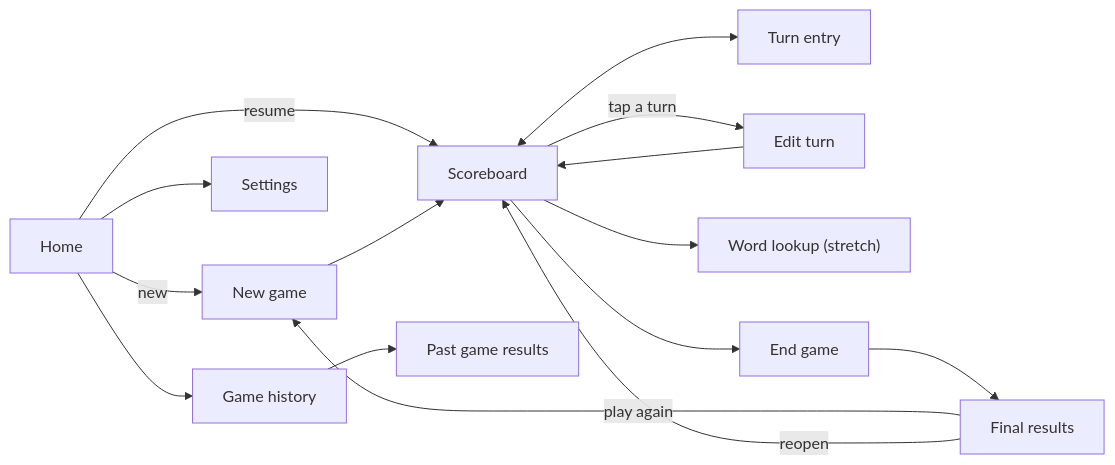
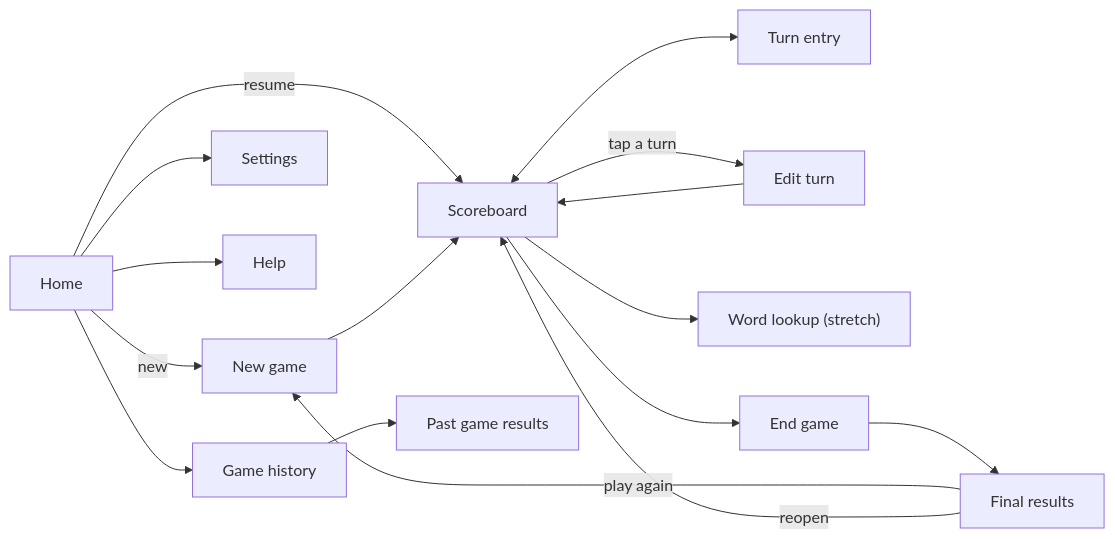
One commit to Macavitymadcap/scrabble-scorer changed the first of 2 diagrams in docs/DESIGN.md. Above: the diagram before and after it, drawn with Mermaid. The commit also changed other lines of this file and 36 other files, not shown here.

````diff
--- a/docs/DESIGN.md
+++ b/docs/DESIGN.md
@@ -153,17 +153,18 @@
 ```mermaid
 flowchart LR
   Home -->|new| NewGame[New game]
   Home -->|resume| Scoreboard
   NewGame --> Scoreboard
   Scoreboard <--> TurnEntry[Turn entry]
   Scoreboard -->|tap a turn| EditTurn[Edit turn]
   EditTurn --> Scoreboard
   Scoreboard --> Lookup["Word lookup (stretch)"]
   Home --> Settings
+  Home --> Help
   Scoreboard --> EndGame[End game]
   EndGame --> Results[Final results]
   Results -->|play again| NewGame
   Results -->|reopen| Scoreboard
   Home --> History[Game history]
   History --> PastGame[Past game results]
 ```
````
